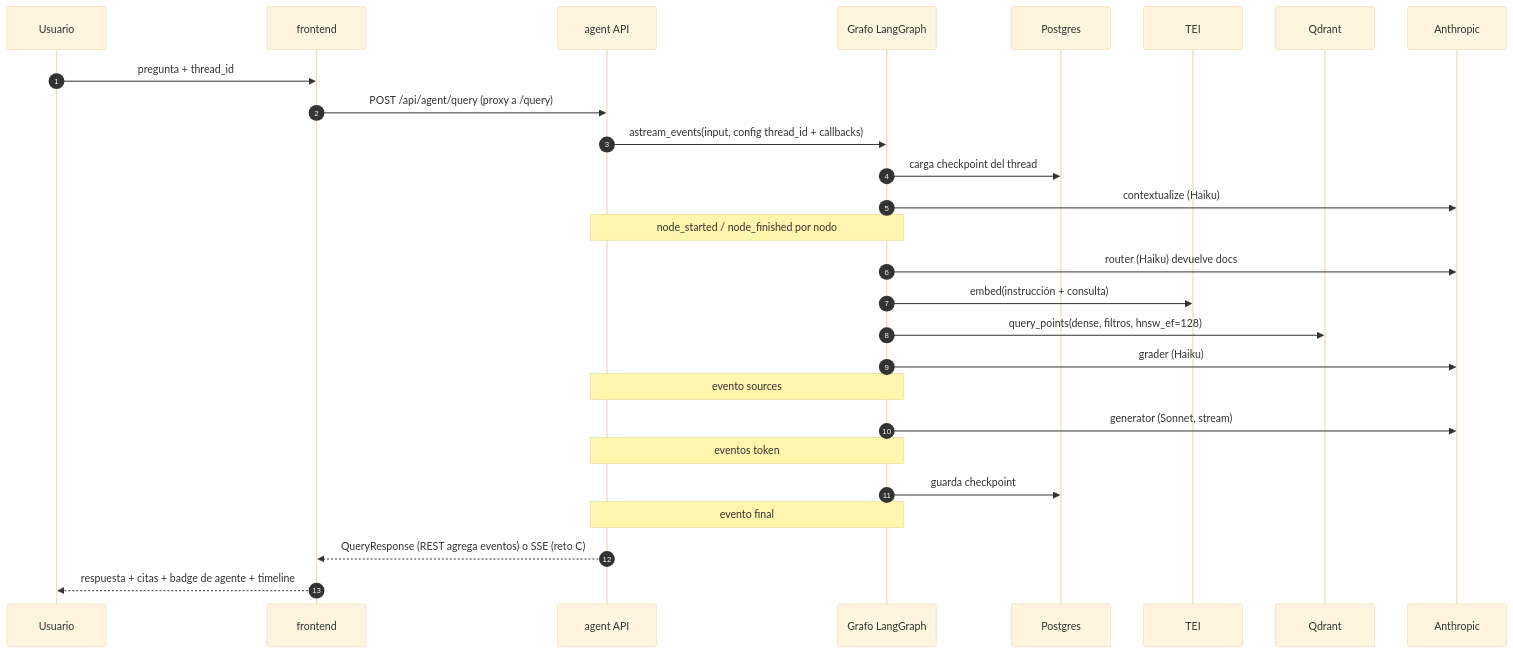
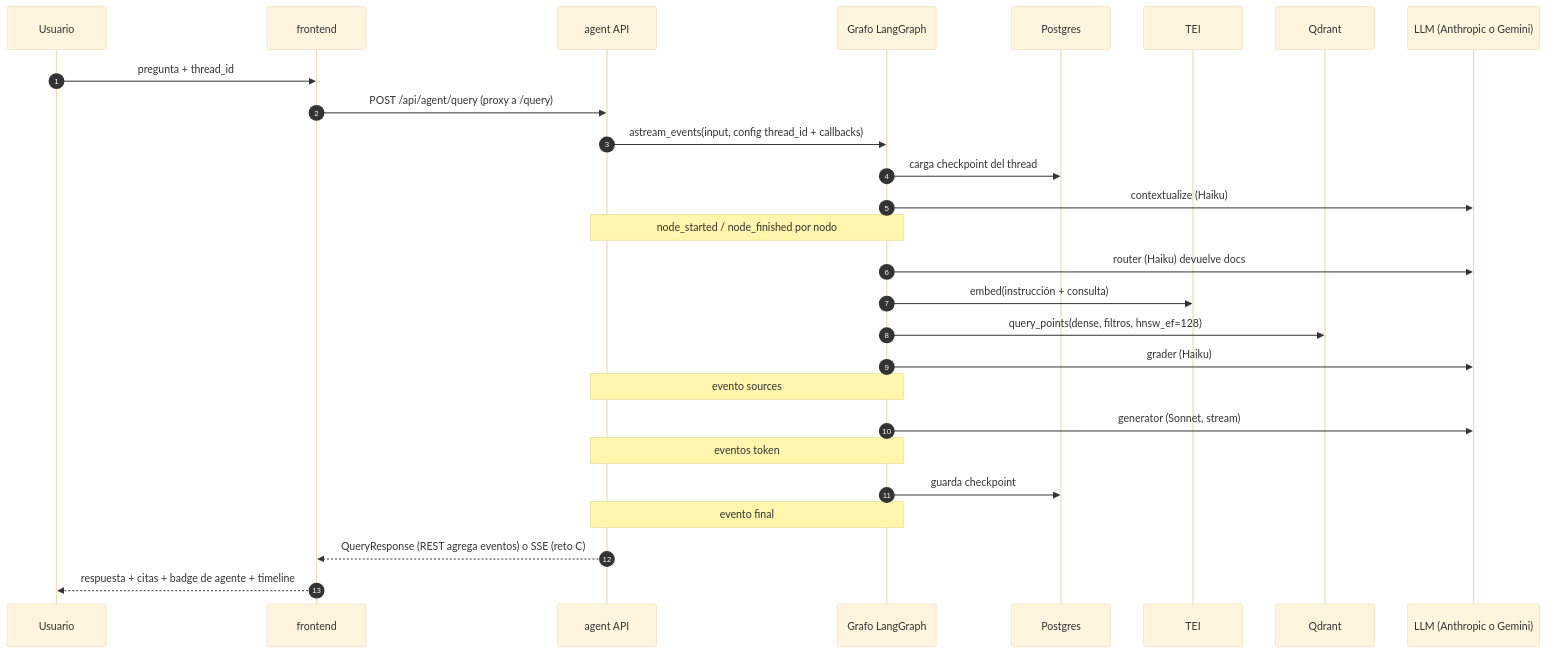
One commit to yeyess1/agenticAsistantOdoo changed the third of 4 diagrams in docs/ARCHITECTURE.md. Above: the diagram before and after it, drawn with Mermaid (base theme). The commit also changed other lines of this file and 1 other file, not shown here.

Commit message:
[ADD] docs: gemini provider in architecture and backlog

````diff
--- a/docs/ARCHITECTURE.md
+++ b/docs/ARCHITECTURE.md
@@ -145,29 +147,29 @@
 ```mermaid
 sequenceDiagram
   autonumber
   participant U as Usuario
   participant F as frontend
   participant A as agent API
   participant G as Grafo LangGraph
   participant P as Postgres
   participant T as TEI
   participant Q as Qdrant
-  participant L as Anthropic
+  participant L as LLM (Anthropic o Gemini)
   U->>F: pregunta + thread_id
   F->>A: POST /api/agent/query (proxy a /query)
   A->>G: astream_events(input, config thread_id + callbacks)
   G->>P: carga checkpoint del thread
   G->>L: contextualize (Haiku)
   Note over A,G: node_started / node_finished por nodo
   G->>L: router (Haiku) devuelve docs
   G->>T: embed(instrucción + consulta)
   G->>Q: query_points(dense, filtros, hnsw_ef=128)
   G->>L: grader (Haiku)
   Note over A,G: evento sources
   G->>L: generator (Sonnet, stream)
   Note over A,G: eventos token
   G->>P: guarda checkpoint
   Note over A,G: evento final
   A-->>F: QueryResponse (REST agrega eventos) o SSE (reto C)
   F-->>U: respuesta + citas + badge de agente + timeline
 ```
````
